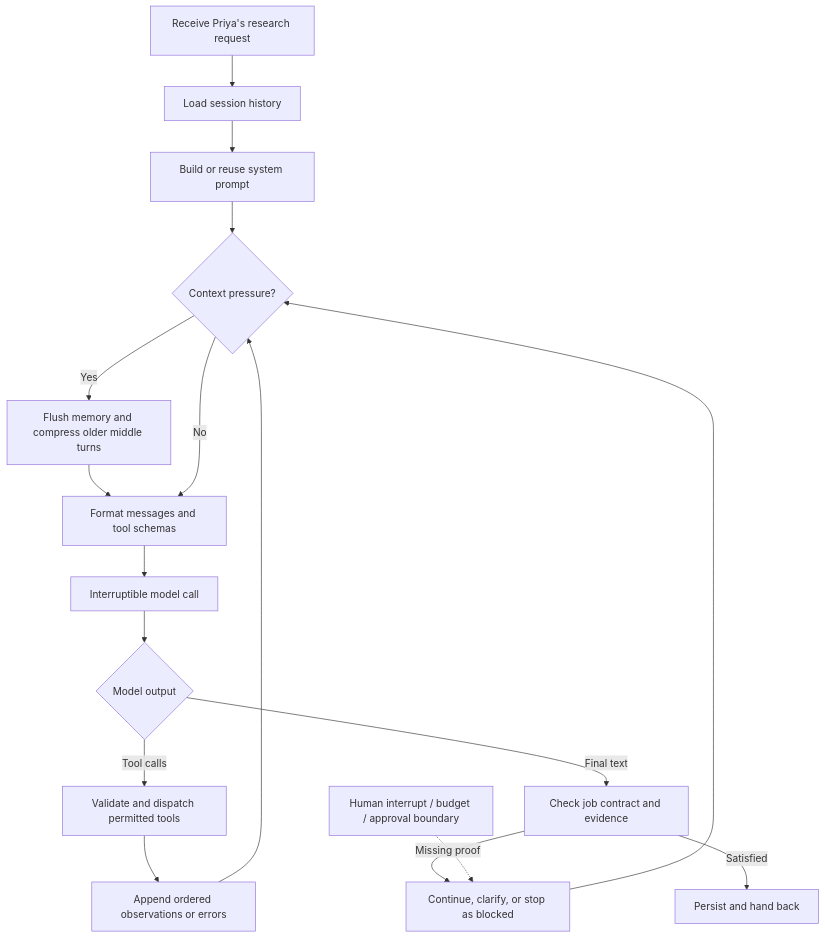
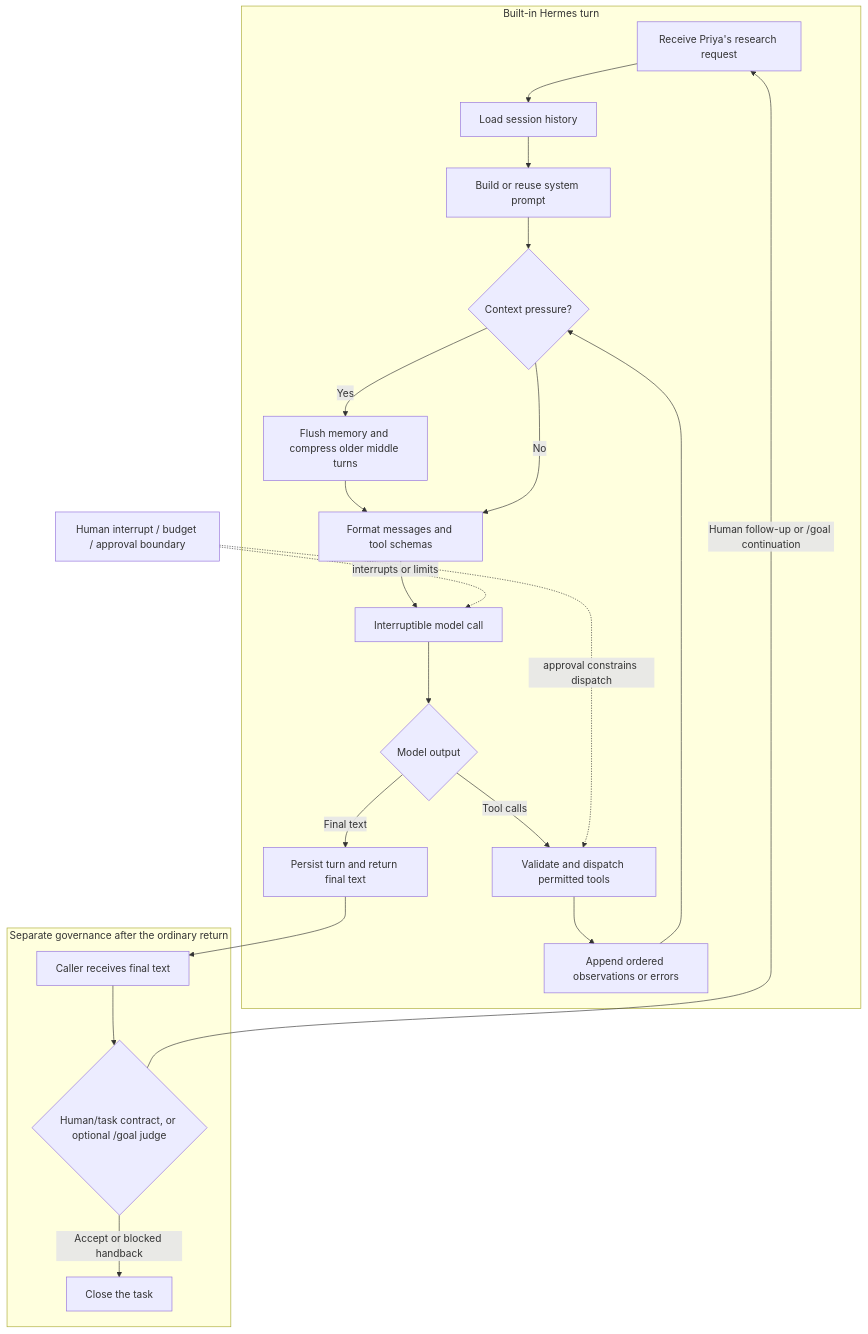
The diagram in docs/part-1/03-hermes-loop.md (monath1/hermes-masterclass), drawn with Mermaid before and after one commit. The commit also changed other lines of this file and 2 other files, not shown here.

Commit message:
docs: clarify Hermes loop governance

````diff
--- a/docs/part-1/03-hermes-loop.md
+++ b/docs/part-1/03-hermes-loop.md
@@ -43,19 +43,25 @@
 ```mermaid
 flowchart TD
-    A["Receive Priya's research request"] --> B["Load session history"]
-    B --> C["Build or reuse system prompt"]
-    C --> D{"Context pressure?"}
-    D -->|Yes| E["Flush memory and compress older middle turns"]
-    E --> F["Format messages and tool schemas"]
-    D -->|No| F
-    F --> G["Interruptible model call"]
-    G --> H{"Model output"}
-    H -->|Tool calls| I["Validate and dispatch permitted tools"]
-    I --> J["Append ordered observations or errors"]
-    J --> D
-    H -->|Final text| K["Check job contract and evidence"]
-    K -->|Missing proof| L["Continue, clarify, or stop as blocked"]
-    L --> D
-    K -->|Satisfied| M["Persist and hand back"]
-    N["Human interrupt / budget / approval boundary"] -.-> L
+    subgraph BuiltIn["Built-in Hermes turn"]
+        A["Receive Priya's research request"] --> B["Load session history"]
+        B --> C["Build or reuse system prompt"]
+        C --> D{"Context pressure?"}
+        D -->|Yes| E["Flush memory and compress older middle turns"]
+        E --> F["Format messages and tool schemas"]
+        D -->|No| F
+        F --> G["Interruptible model call"]
+        G --> H{"Model output"}
+        H -->|Tool calls| I["Validate and dispatch permitted tools"]
+        I --> J["Append ordered observations or errors"]
+        J --> D
+        H -->|Final text| K["Persist turn and return final text"]
+    end
+    K --> M["Caller receives final text"]
+    subgraph Governance["Separate governance after the ordinary return"]
+        M --> N{"Human/task contract, or optional /goal judge"}
+        N -->|Accept or blocked handback| O["Close the task"]
+        N -->|Human follow-up or /goal continuation| A
+    end
+    P["Human interrupt / budget / approval boundary"] -. "interrupts or limits" .-> G
+    P -. "approval constrains dispatch" .-> I
 ```
````
